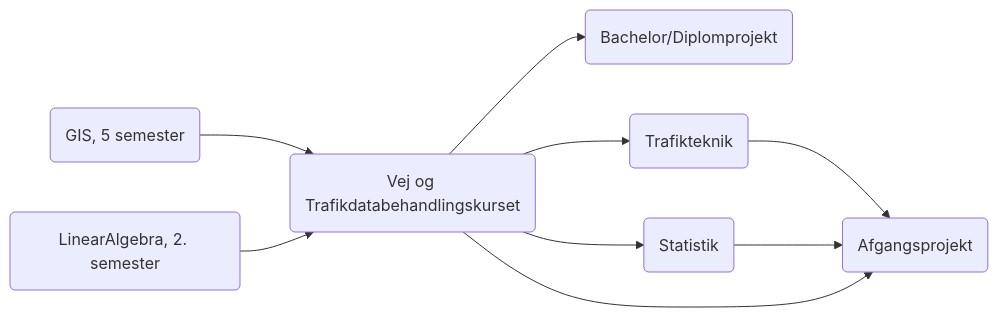
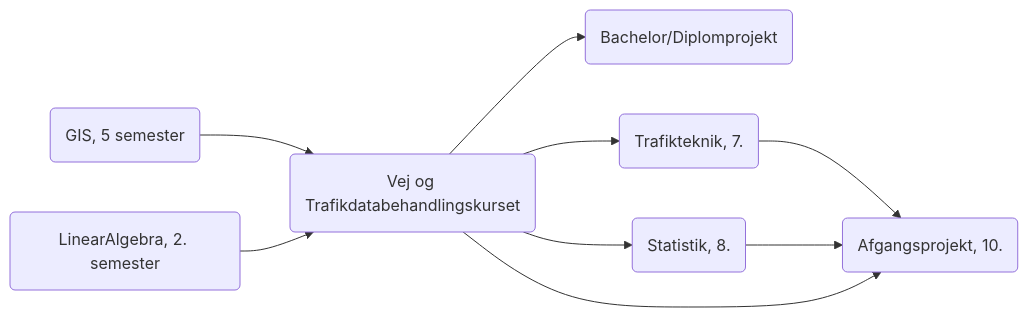
Before and after one commit to TRG-BUILD/VTT6: the diagram in README.md, drawn with Mermaid.

````diff
--- a/README.md
+++ b/README.md
@@ -7,20 +7,20 @@
 ```mermaid
 flowchart LR;
 
 a(GIS, 5 semester);
 b(LinearAlgebra, 2. semester);
 c(Vej og Trafikdatabehandlingskurset);
 d(Bachelor/Diplomprojekt);
-e(Trafikteknik);
-f(Statistik);
-g(Afgangsprojekt);
+e(Trafikteknik, 7.);
+f(Statistik, 8.);
+g(Afgangsprojekt, 10.);
 
 a-->c;
 b-->c;
 c-->d;
 c-->e;
 c-->f;
 e-->g;
 f-->g;
 c-->g;
 ```
````
